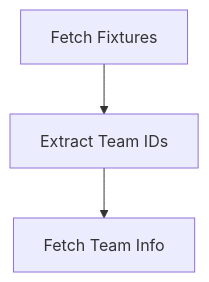
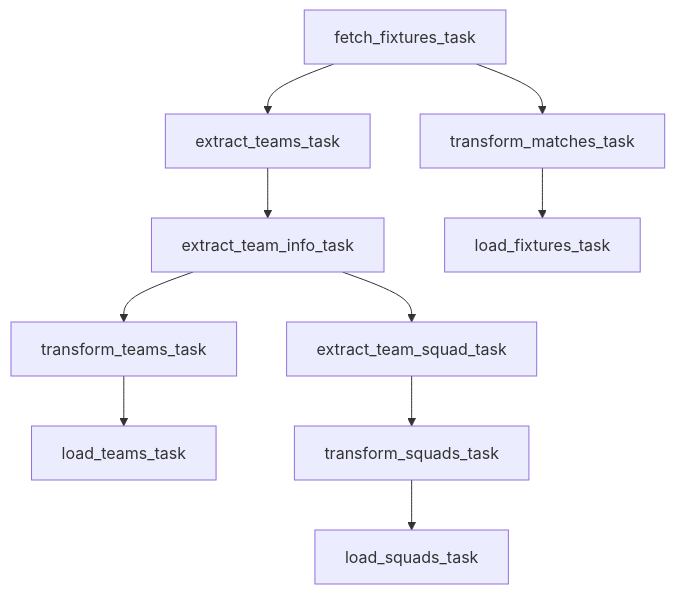
One commit to Zeyadm8112/Football-stats-ETL changed the diagram in README.md. Above: the diagram before and after it, drawn with Mermaid. The commit also changed other lines of this file, not shown here.

````diff
--- a/README.md
+++ b/README.md
@@ -70,5 +105,10 @@
 ```mermaid
 graph TD
-    A[Fetch Fixtures] --> B[Extract Team IDs]
-    B --> C[Fetch Team Info]
+    A[fetch_fixtures_task] --> B[extract_teams_task]
+    B --> C[extract_team_info_task]
+    C --> D[extract_team_squad_task]
+    C --> E[transform_teams_task] --> F[load_teams_task]
+    D --> G[transform_squads_task] --> H[load_squads_task]
+    A --> I[transform_matches_task] --> J[load_fixtures_task]
+
 ```
````
